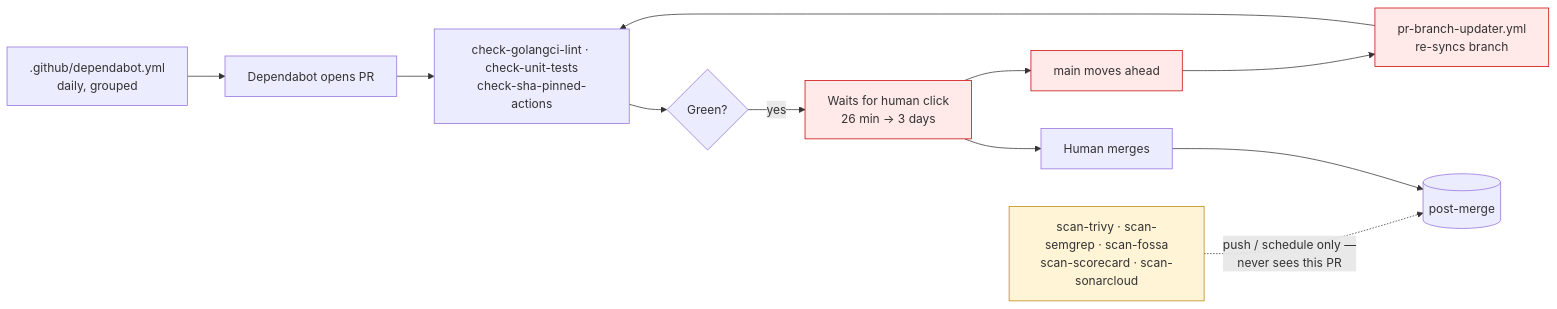
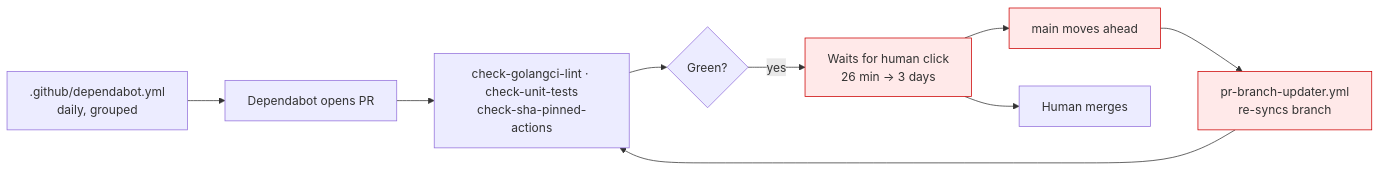
Before and after one commit to kpj2006/test: the first of 6 diagrams in proposal.md, drawn with Mermaid. The commit also changed other lines of this file and 2 other files, not shown here.

````diff
--- a/proposal.md
+++ b/proposal.md
@@ -50,19 +27,15 @@
 ```mermaid
 flowchart LR
     A[".github/dependabot.yml<br/>daily, grouped"] --> B[Dependabot opens PR]
     B --> C["check-golangci-lint · check-unit-tests<br/>check-sha-pinned-actions"]
     C --> D{Green?}
     D -- yes --> E["Waits for human click<br/>26 min → 3 days"]
     E --> F["main moves ahead"]
     F --> G["pr-branch-updater.yml<br/>re-syncs branch"]
     G --> C
     E --> H[Human merges]
 
-    I["scan-trivy · scan-semgrep · scan-fossa<br/>scan-scorecard · scan-sonarcloud"] -.->|"push / schedule only —<br/>never sees this PR"| J[(post-merge)]
-    H --> J
-
     style E fill:#ffe9e9,stroke:#c00
     style F fill:#ffe9e9,stroke:#c00
     style G fill:#ffe9e9,stroke:#c00
-    style I fill:#fff4d6,stroke:#b8860b
 ```
````
